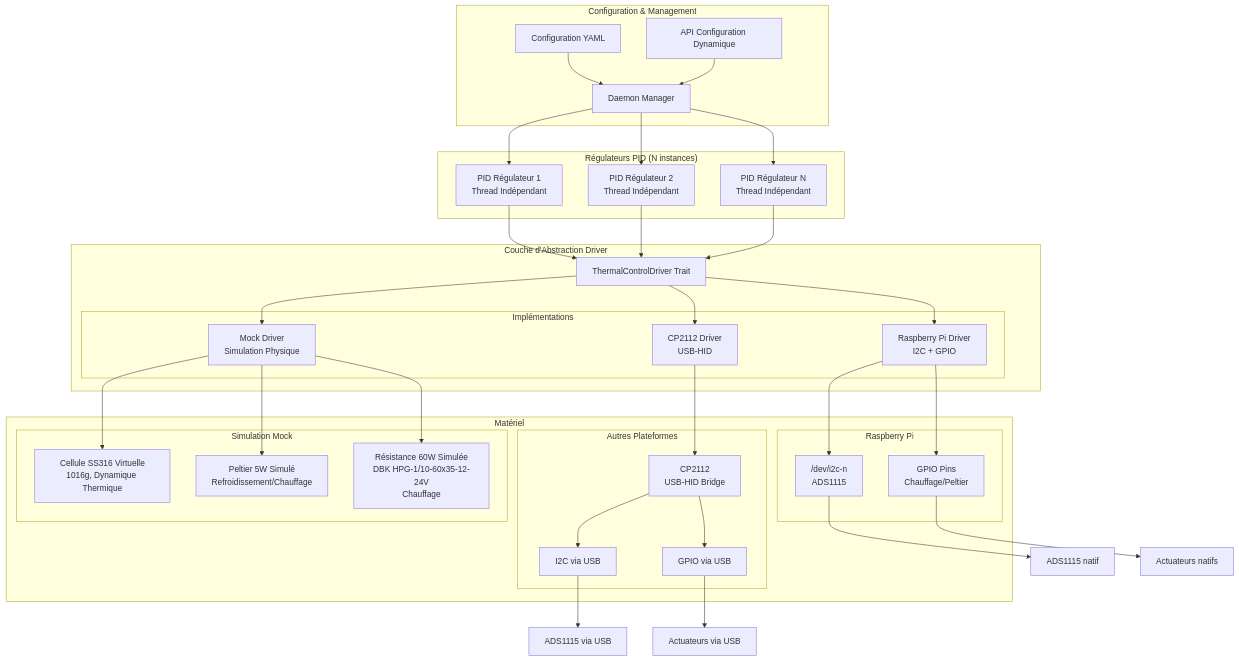
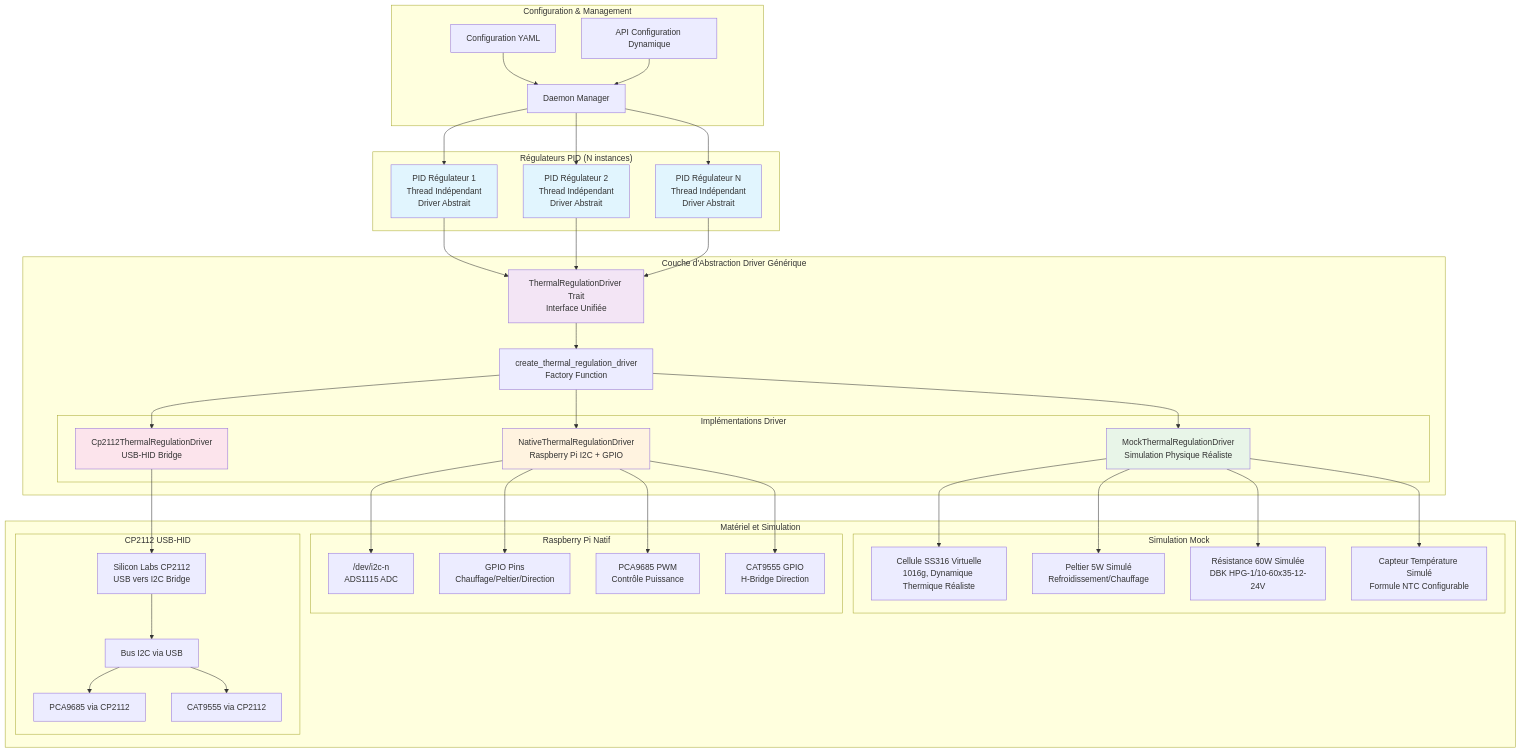
The third of 27 diagrams in docs/regulation_thermique.md (sctg-development/rust-photoacoustic), drawn with Mermaid before and after one commit. The commit also changed other lines of this file and 3 other files, not shown here.

First line of the commit message:
feat: add support for real regulator tuning and enhance driver abstraction

````diff
--- a/docs/regulation_thermique.md
+++ b/docs/regulation_thermique.md
@@ -76,37 +163,42 @@
     end
     
     subgraph "Régulateurs PID (N instances)"
-        PID1[PID Régulateur 1<br/>Thread Indépendant]
-        PID2[PID Régulateur 2<br/>Thread Indépendant]
-        PIDN[PID Régulateur N<br/>Thread Indépendant]
+        PID1[PID Régulateur 1<br/>Thread Indépendant<br/>Driver Abstrait]
+        PID2[PID Régulateur 2<br/>Thread Indépendant<br/>Driver Abstrait]
+        PIDN[PID Régulateur N<br/>Thread Indépendant<br/>Driver Abstrait]
     end
     
-    subgraph "Couche d'Abstraction Driver"
-        DRIVER_TRAIT[ThermalControlDriver Trait]
+    subgraph "Couche d'Abstraction Driver Générique"
+        DRIVER_TRAIT[ThermalRegulationDriver Trait<br/>Interface Unifiée]
+        FACTORY[create_thermal_regulation_driver<br/>Factory Function]
         
-        subgraph "Implémentations"
-            RPI_DRIVER[Raspberry Pi Driver<br>I2C + GPIO]
-            CP2112_DRIVER[CP2112 Driver<br>USB-HID]
-            MOCK_DRIVER[Mock Driver<br>Simulation Physique]
+        subgraph "Implémentations Driver"
+            MOCK_DRIVER[MockThermalRegulationDriver<br/>Simulation Physique Réaliste]
+            NATIVE_DRIVER[NativeThermalRegulationDriver<br/>Raspberry Pi I2C + GPIO]
+            CP2112_DRIVER[Cp2112ThermalRegulationDriver<br/>USB-HID Bridge]
         end
     end
     
-    subgraph "Matériel"
-        subgraph "Raspberry Pi"
-            I2C["/dev/i2c-n<br/>ADS1115"]
-            GPIO[GPIO Pins<br/>Chauffage/Peltier]
+    subgraph "Matériel et Simulation"
+        subgraph "Simulation Mock"
+            MOCK_CELL[Cellule SS316 Virtuelle<br/>1016g, Dynamique Thermique Réaliste]
+            MOCK_PELTIER[Peltier 5W Simulé<br/>Refroidissement/Chauffage]
+            MOCK_HEATER[Résistance 60W Simulée<br/>DBK HPG-1/10-60x35-12-24V]
+            MOCK_TEMP[Capteur Température Simulé<br/>Formule NTC Configurable]
         end
         
-        subgraph "Autres Plateformes"
-            CP2112[CP2112<br/>USB-HID Bridge]
-            USB_I2C[I2C via USB]
-            USB_GPIO[GPIO via USB]
+        subgraph "Raspberry Pi Natif"
+            I2C_NATIVE["/dev/i2c-n<br/>ADS1115 ADC"]
+            GPIO_NATIVE[GPIO Pins<br/>Chauffage/Peltier/Direction]
+            PWM_NATIVE[PCA9685 PWM<br/>Contrôle Puissance]
+            GPIO_EXP[CAT9555 GPIO<br/>H-Bridge Direction]
         end
         
-        subgraph "Simulation Mock"
-            MOCK_CELL[Cellule SS316 Virtuelle<br/>1016g, Dynamique Thermique]
-            MOCK_PELTIER[Peltier 5W Simulé<br/>Refroidissement/Chauffage]
-            MOCK_HEATER[Résistance 60W Simulée<br/>DBK HPG-1/10-60x35-12-24V<br/>Chauffage]
+        subgraph "CP2112 USB-HID"
+            CP2112_HW[Silicon Labs CP2112<br/>USB vers I2C Bridge]
+            I2C_USB[Bus I2C via USB]
+            PWM_USB[PCA9685 via CP2112]
+            GPIO_USB[CAT9555 via CP2112]
         end
     end
     
@@ -120,21 +212,31 @@
     PID2 --> DRIVER_TRAIT
     PIDN --> DRIVER_TRAIT
     
-    DRIVER_TRAIT --> RPI_DRIVER
-    DRIVER_TRAIT --> CP2112_DRIVER
-    DRIVER_TRAIT --> MOCK_DRIVER
+    DRIVER_TRAIT --> FACTORY
+    FACTORY --> MOCK_DRIVER
+    FACTORY --> NATIVE_DRIVER
+    FACTORY --> CP2112_DRIVER
     
-    RPI_DRIVER --> I2C
-    RPI_DRIVER --> GPIO
-    CP2112_DRIVER --> CP2112
     MOCK_DRIVER --> MOCK_CELL
     MOCK_DRIVER --> MOCK_PELTIER
     MOCK_DRIVER --> MOCK_HEATER
-    CP2112 --> USB_I2C
-    CP2112 --> USB_GPIO
+    MOCK_DRIVER --> MOCK_TEMP
     
-    USB_I2C --> ADS1115_USB[ADS1115 via USB]
-    USB_GPIO --> ACTUATORS_USB[Actuateurs via USB]
-    I2C --> ADS1115_RPI[ADS1115 natif]
-    GPIO --> ACTUATORS_RPI[Actuateurs natifs]
+    NATIVE_DRIVER --> I2C_NATIVE
+    NATIVE_DRIVER --> GPIO_NATIVE
+    NATIVE_DRIVER --> PWM_NATIVE
+    NATIVE_DRIVER --> GPIO_EXP
+    
+    CP2112_DRIVER --> CP2112_HW
+    CP2112_HW --> I2C_USB
+    I2C_USB --> PWM_USB
+    I2C_USB --> GPIO_USB
+    
+    style PID1 fill:#e1f5fe
+    style PID2 fill:#e1f5fe
+    style PIDN fill:#e1f5fe
+    style DRIVER_TRAIT fill:#f3e5f5
+    style MOCK_DRIVER fill:#e8f5e8
+    style NATIVE_DRIVER fill:#fff3e0
+    style CP2112_DRIVER fill:#fce4ec
 ```
````
